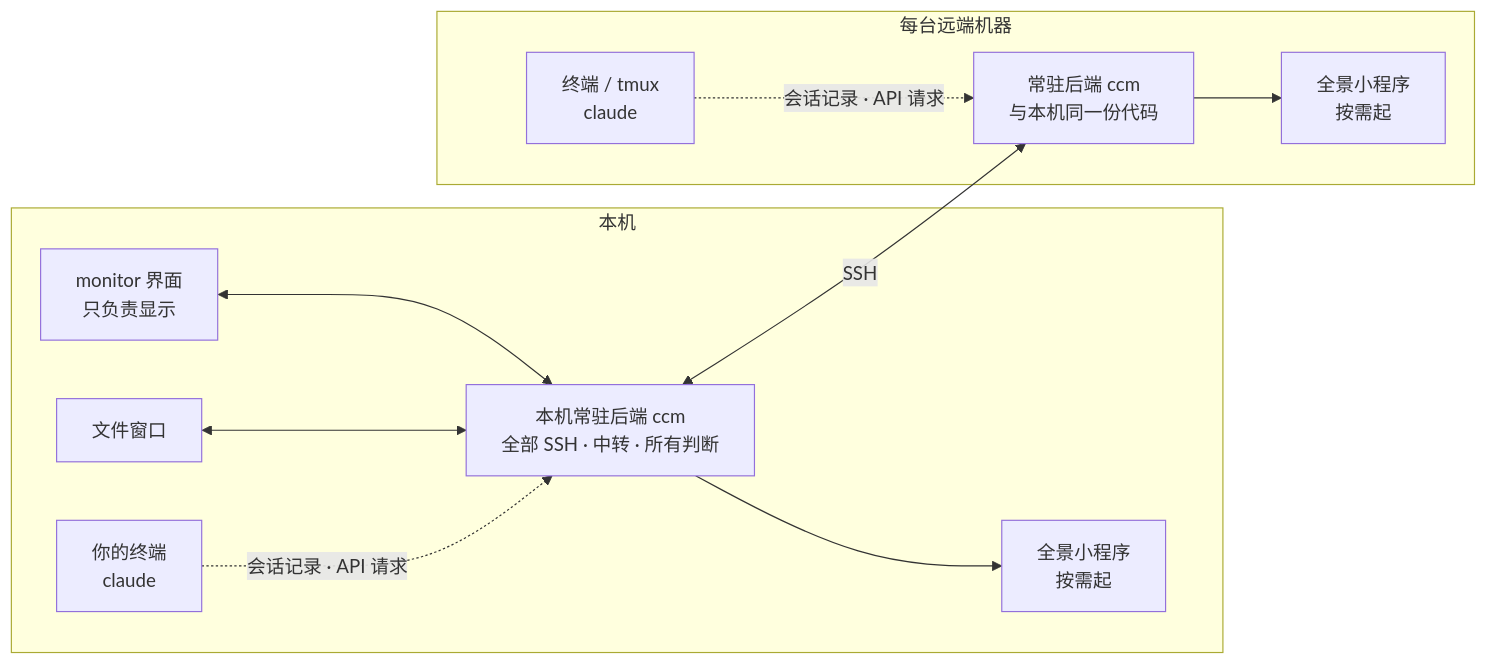
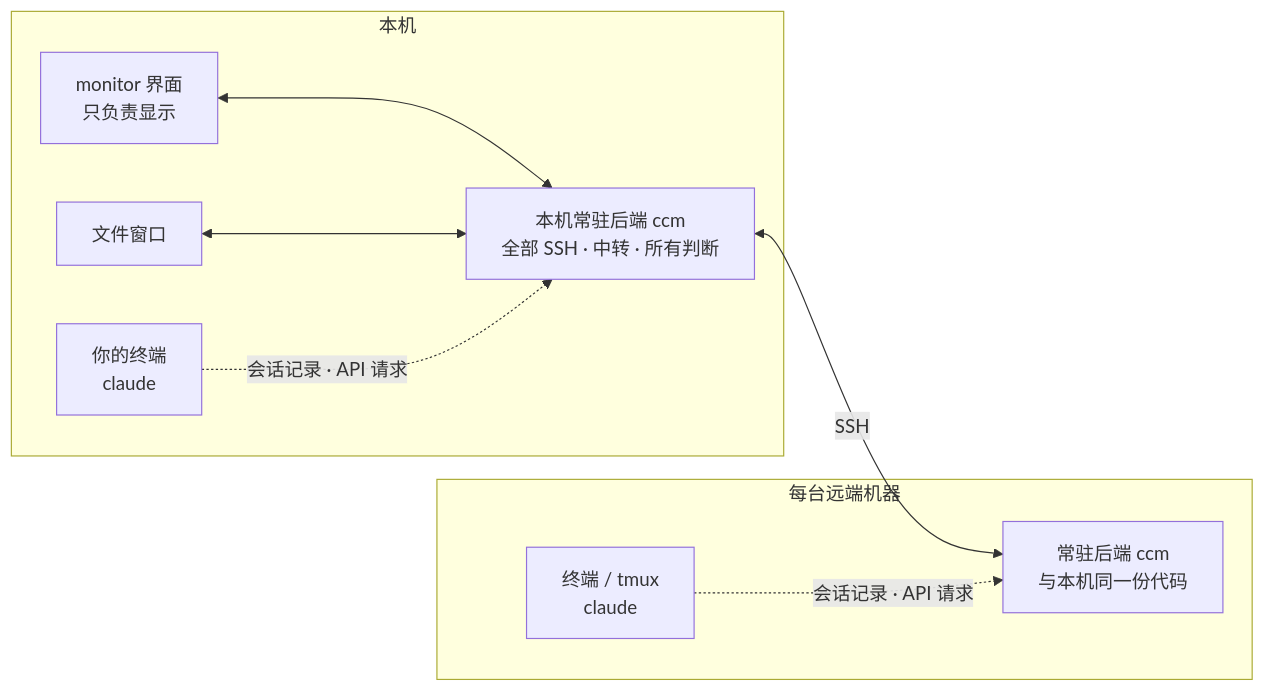
One commit to bo0Zeng/cc-monitor changed the diagram in README.md. Above: the diagram before and after it, drawn with Mermaid. The commit also changed other lines of this file and 16 other files, not shown here.

First line of the commit message:
文档与 README 摘掉代码全景：功能那一节、架构图里的全景小程序、快捷键 G、截图与截图脚本里那一张

````diff
--- a/README.md
+++ b/README.md
@@ -80,22 +73,18 @@
 ```mermaid
 flowchart LR
   subgraph local["本机"]
     UI["monitor 界面<br/>只负责显示"]
     FW["文件窗口"]
     LB["本机常驻后端 ccm<br/>全部 SSH · 中转 · 所有判断"]
-    PL["全景小程序<br/>按需起"]
     T1["你的终端<br/>claude"]
   end
   subgraph remote["每台远端机器"]
     RB["常驻后端 ccm<br/>与本机同一份代码"]
-    PR["全景小程序<br/>按需起"]
     T2["终端 / tmux<br/>claude"]
   end
   UI <--> LB
   FW <--> LB
   LB <-- SSH --> RB
-  LB --> PL
-  RB --> PR
   T1 -. 会话记录 · API 请求 .-> LB
   T2 -. 会话记录 · API 请求 .-> RB
 ```
````
